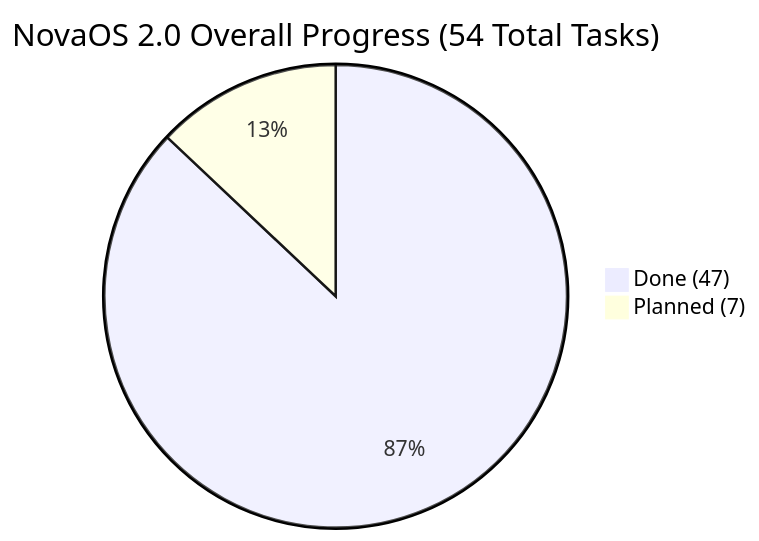
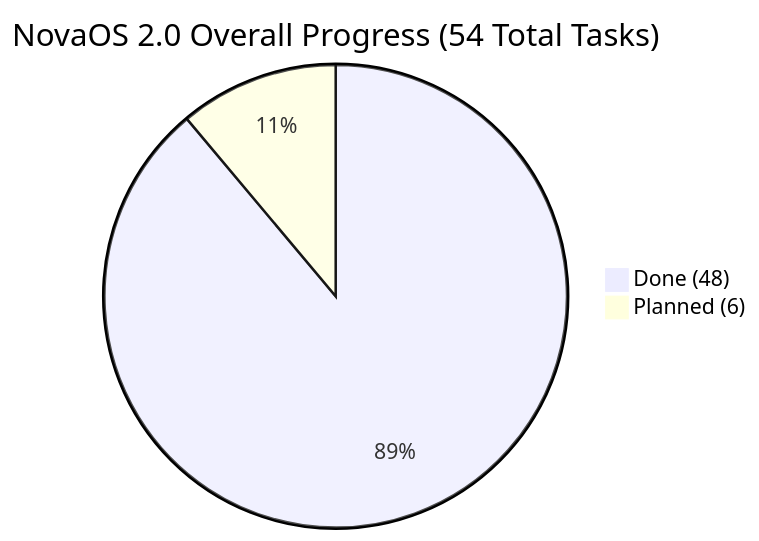
Before and after one commit to firoze-hossain/novaos: the diagram in NovaOS_Build_Plan.md, drawn with Mermaid. The commit also changed other lines of this file and 41 other files, not shown here.

````diff
--- a/NovaOS_Build_Plan.md
+++ b/NovaOS_Build_Plan.md
@@ -9,5 +9,5 @@
 ```mermaid
 pie title NovaOS 2.0 Overall Progress (54 Total Tasks)
-    "Done (47)" : 47
-    "Planned (7)" : 7
+    "Done (48)" : 48
+    "Planned (6)" : 6
 ```
````
